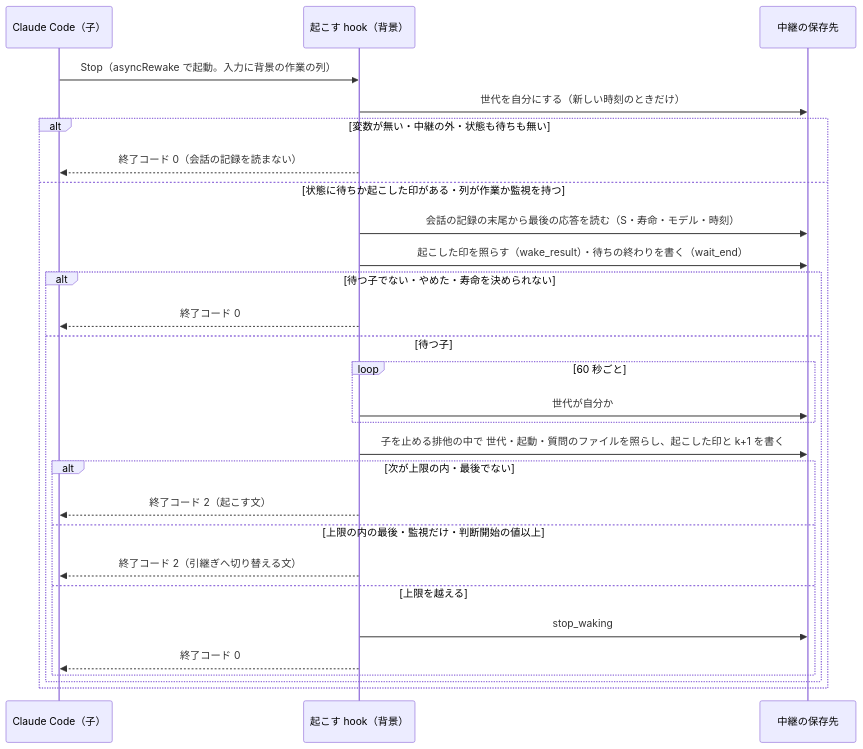
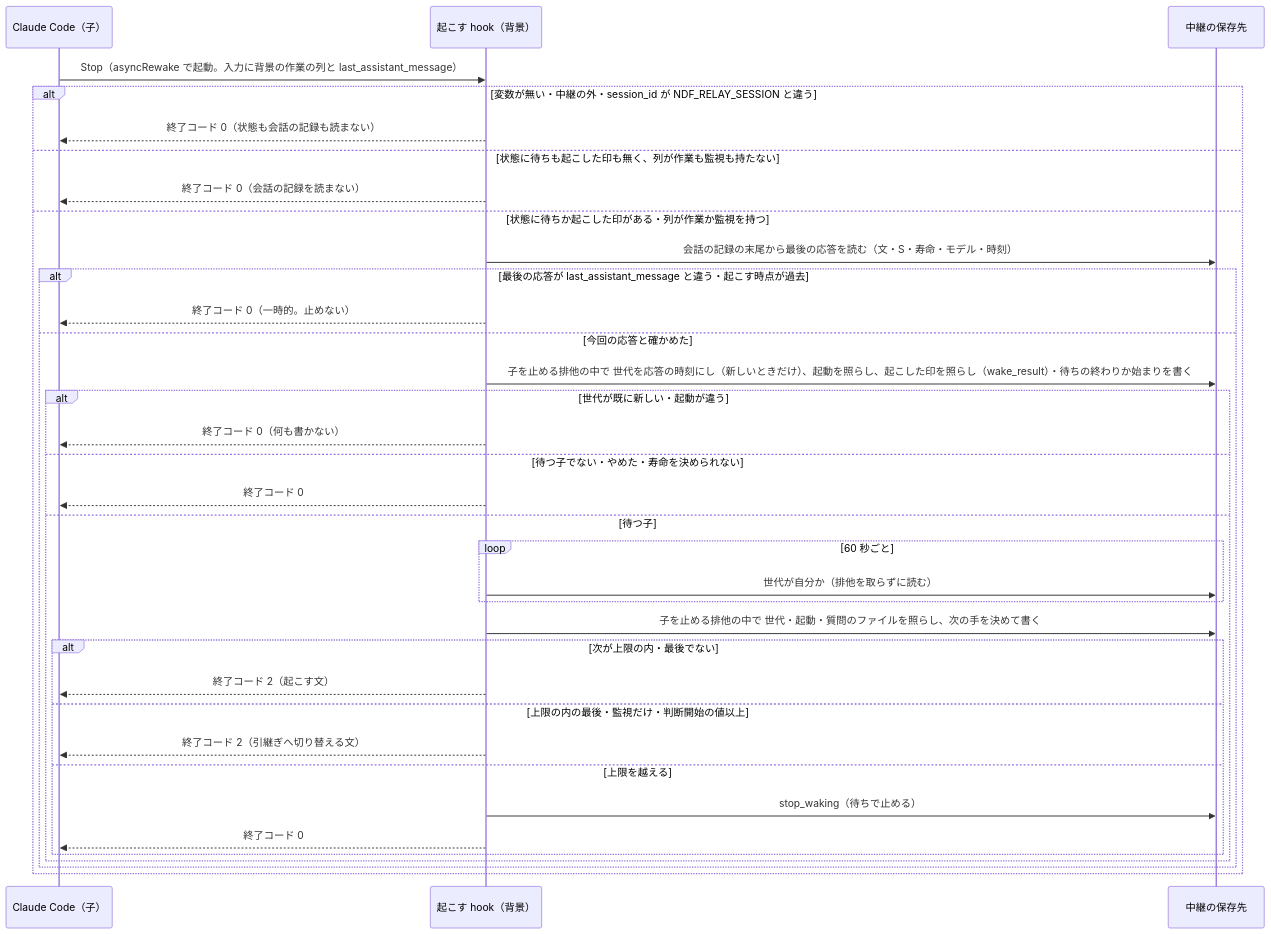
Before and after one commit to devbasex/ai-plugins: the second of 2 diagrams in issues/issue-4068-design.md, drawn with Mermaid. The commit also changed other lines of this file and 2 other files, not shown here.

First line of the commit message:
Docs: 起こす hook の世代を出来事の時刻で決め、今回の応答を last_assistant_message で照らし、止める範囲を理由ごとに分けるよう #4068 の設計を直す（cross-review の指摘）

````diff
--- a/issues/issue-4068-design.md
+++ b/issues/issue-4068-design.md
@@ -92,30 +98,37 @@
 ```mermaid
 sequenceDiagram
   participant CC as Claude Code（子）
   participant H as 起こす hook（背景）
   participant F as 中継の保存先
-  CC->>H: Stop（asyncRewake で起動。入力に背景の作業の列）
-  H->>F: 世代を自分にする（新しい時刻のときだけ）
-  alt 変数が無い・中継の外・状態も待ちも無い
+  CC->>H: Stop（asyncRewake で起動。入力に背景の作業の列と last_assistant_message）
+  alt 変数が無い・中継の外・session_id が NDF_RELAY_SESSION と違う
+    H-->>CC: 終了コード 0（状態も会話の記録も読まない）
+  else 状態に待ちも起こした印も無く、列が作業も監視も持たない
     H-->>CC: 終了コード 0（会話の記録を読まない）
   else 状態に待ちか起こした印がある・列が作業か監視を持つ
-    H->>F: 会話の記録の末尾から最後の応答を読む（S・寿命・モデル・時刻）
-    H->>F: 起こした印を照らす（wake_result）・待ちの終わりを書く（wait_end）
-    alt 待つ子でない・やめた・寿命を決められない
-      H-->>CC: 終了コード 0
-    else 待つ子
-      loop 60 秒ごと
-        H->>F: 世代が自分か
-      end
-      H->>F: 子を止める排他の中で 世代・起動・質問のファイルを照らし、起こした印と k+1 を書く
-      alt 次が上限の内・最後でない
-        H-->>CC: 終了コード 2（起こす文）
-      else 上限の内の最後・監視だけ・判断開始の値以上
-        H-->>CC: 終了コード 2（引継ぎへ切り替える文）
-      else 上限を越える
-        H->>F: stop_waking
+    H->>F: 会話の記録の末尾から最後の応答を読む（文・S・寿命・モデル・時刻）
+    alt 最後の応答が last_assistant_message と違う・起こす時点が過去
+      H-->>CC: 終了コード 0（一時的。止めない）
+    else 今回の応答と確かめた
+      H->>F: 子を止める排他の中で 世代を応答の時刻にし（新しいときだけ）、起動を照らし、起こした印を照らし（wake_result）・待ちの終わりか始まりを書く
+      alt 世代が既に新しい・起動が違う
+        H-->>CC: 終了コード 0（何も書かない）
+      else 待つ子でない・やめた・寿命を決められない
         H-->>CC: 終了コード 0
+      else 待つ子
+        loop 60 秒ごと
+          H->>F: 世代が自分か（排他を取らずに読む）
+        end
+        H->>F: 子を止める排他の中で 世代・起動・質問のファイルを照らし、次の手を決めて書く
+        alt 次が上限の内・最後でない
+          H-->>CC: 終了コード 2（起こす文）
+        else 上限の内の最後・監視だけ・判断開始の値以上
+          H-->>CC: 終了コード 2（引継ぎへ切り替える文）
+        else 上限を越える
+          H->>F: stop_waking（待ちで止める）
+          H-->>CC: 終了コード 0
+        end
       end
     end
   end
 ```
````
